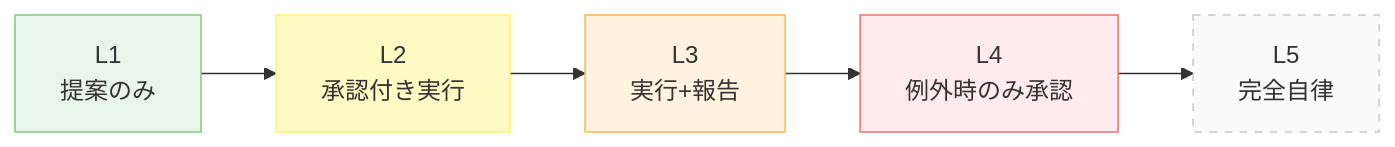
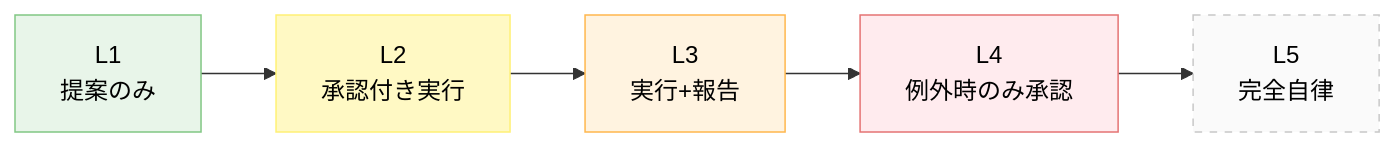
The first of 2 diagrams in docs/concepts/エージェントの自律度レベルと昇格基準.md (dinekt/dinekt-wiki), drawn with Mermaid before and after one commit. The commit also changed other lines of this file and 71 other files, not shown here.

First line of the commit message:
fix: mermaid readability + remove GitHub repo toolbar

````diff
--- a/docs/concepts/エージェントの自律度レベルと昇格基準.md
+++ b/docs/concepts/エージェントの自律度レベルと昇格基準.md
@@ -23,13 +23,13 @@
 ```mermaid
 flowchart LR
     L1[L1<br/>提案のみ] --> L2[L2<br/>承認付き実行]
     L2 --> L3[L3<br/>実行+報告]
     L3 --> L4[L4<br/>例外時のみ承認]
     L4 --> L5[L5<br/>完全自律]
 
-    style L1 fill:#e8f5e9,stroke:#81c784
-    style L2 fill:#fff9c4,stroke:#fff176
-    style L3 fill:#fff3e0,stroke:#ffb74d
-    style L4 fill:#ffebee,stroke:#e57373
-    style L5 fill:#fafafa,stroke:#c8c8c8,stroke-dasharray:5 5
+    style L1 fill:#e8f5e9,stroke:#81c784,color:#000
+    style L2 fill:#fff9c4,stroke:#fff176,color:#000
+    style L3 fill:#fff3e0,stroke:#ffb74d,color:#000
+    style L4 fill:#ffebee,stroke:#e57373,color:#000
+    style L5 fill:#fafafa,stroke:#c8c8c8,stroke-dasharray:5 5,color:#000
 ```
````
